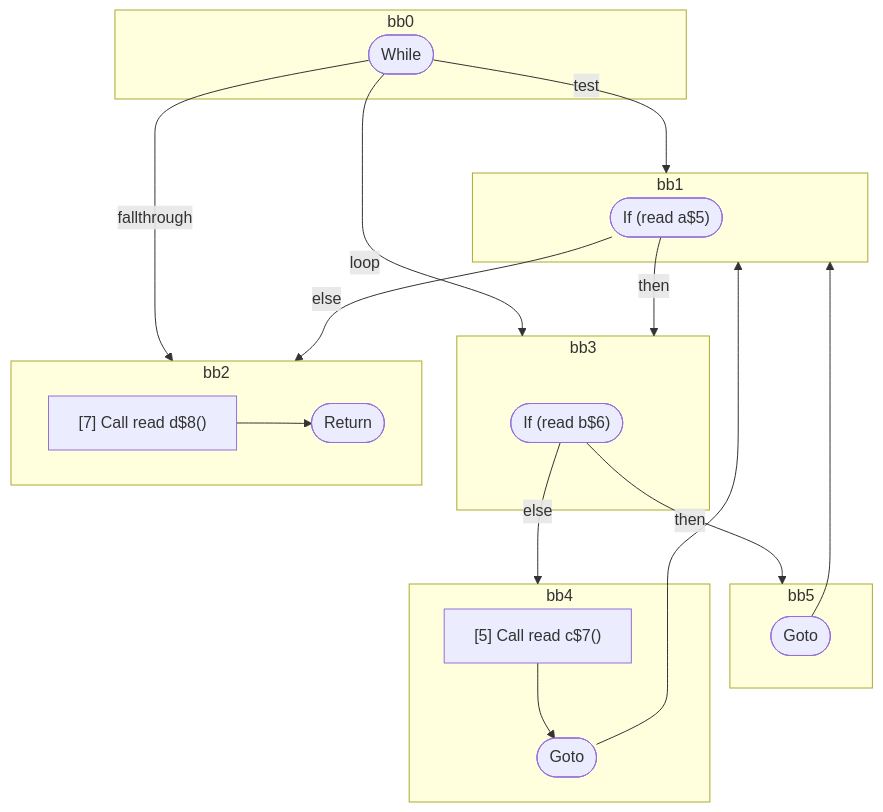
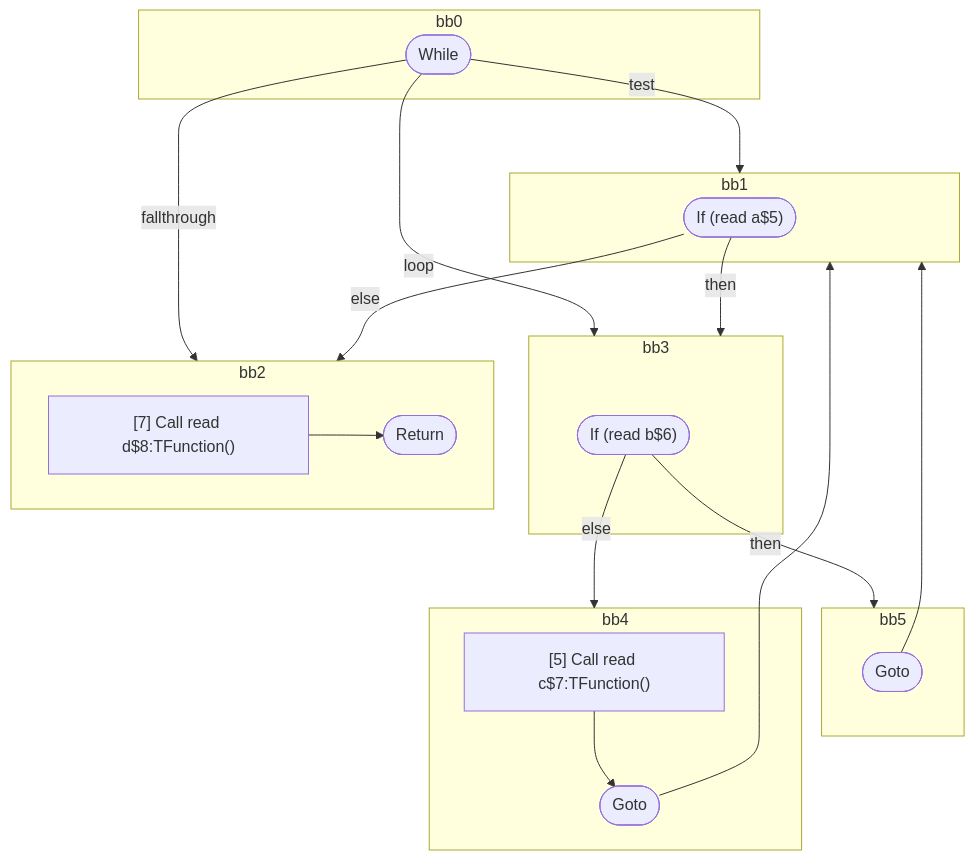
Before and after one commit to wutsmog/private: the diagram in compiler/forget/src/__tests__/fixtures/hir/while-conditional-continue.expect.md, drawn with Mermaid. The commit also changed other lines of this file and 112 other files, not shown here.

````diff
--- a/compiler/forget/src/__tests__/fixtures/hir/while-conditional-continue.expect.md
+++ b/compiler/forget/src/__tests__/fixtures/hir/while-conditional-continue.expect.md
@@ -68,40 +68,40 @@
 ```mermaid
 flowchart TB
   %% Basic Blocks
   subgraph bb0
     bb0_terminal(["While"])
   end
   subgraph bb1
     bb1_terminal(["If (read a$5)"])
   end
   subgraph bb3
     bb3_terminal(["If (read b$6)"])
   end
   subgraph bb5
     bb5_terminal(["Goto"])
   end
   subgraph bb4
     bb4_instrs["
-      [5] Call read c$7()
+      [5] Call read c$7:TFunction()
     "]
     bb4_instrs --> bb4_terminal(["Goto"])
   end
   subgraph bb2
     bb2_instrs["
-      [7] Call read d$8()
+      [7] Call read d$8:TFunction()
     "]
     bb2_instrs --> bb2_terminal(["Return"])
   end
 
   %% Jumps
   bb0_terminal -- "test" --> bb1
   bb0_terminal -- "loop" --> bb3
   bb0_terminal -- "fallthrough" --> bb2
   bb1_terminal -- "then" --> bb3
   bb1_terminal -- "else" --> bb2
   bb3_terminal -- "then" --> bb5
   bb3_terminal -- "else" --> bb4
   bb5_terminal --> bb1
   bb4_terminal --> bb1
 
 ```
````
